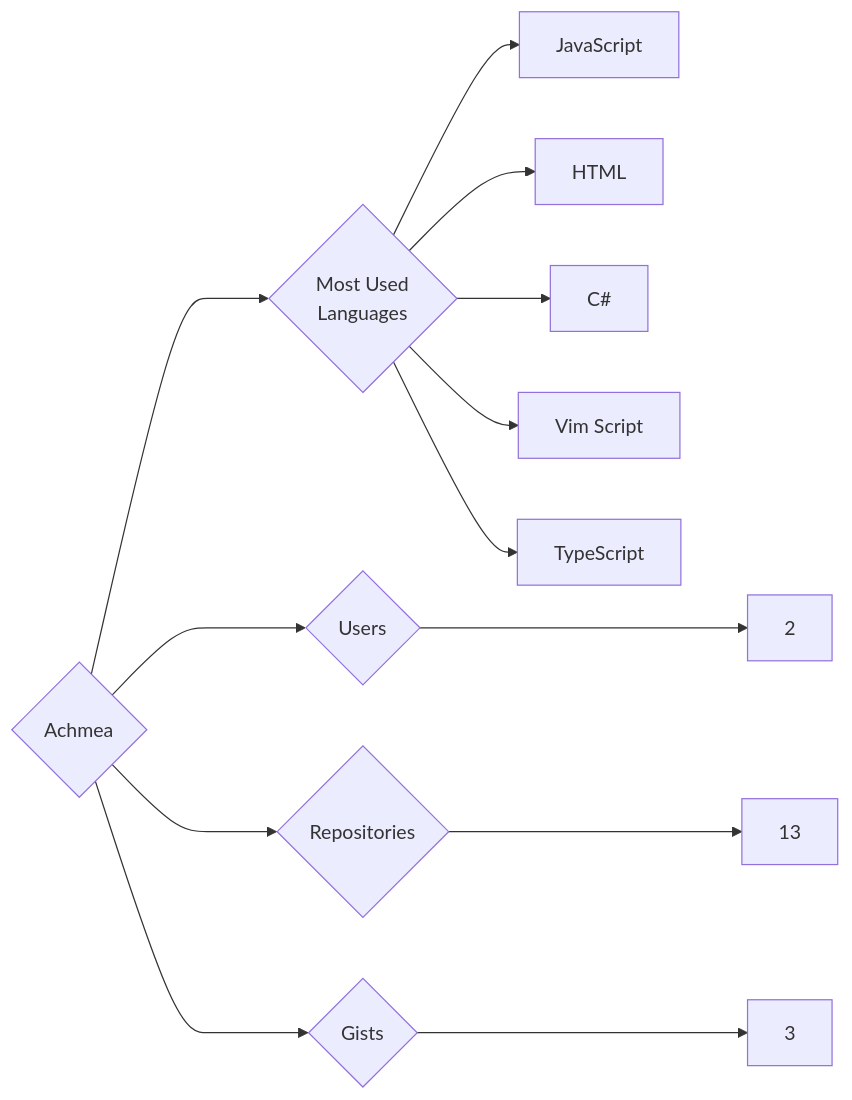
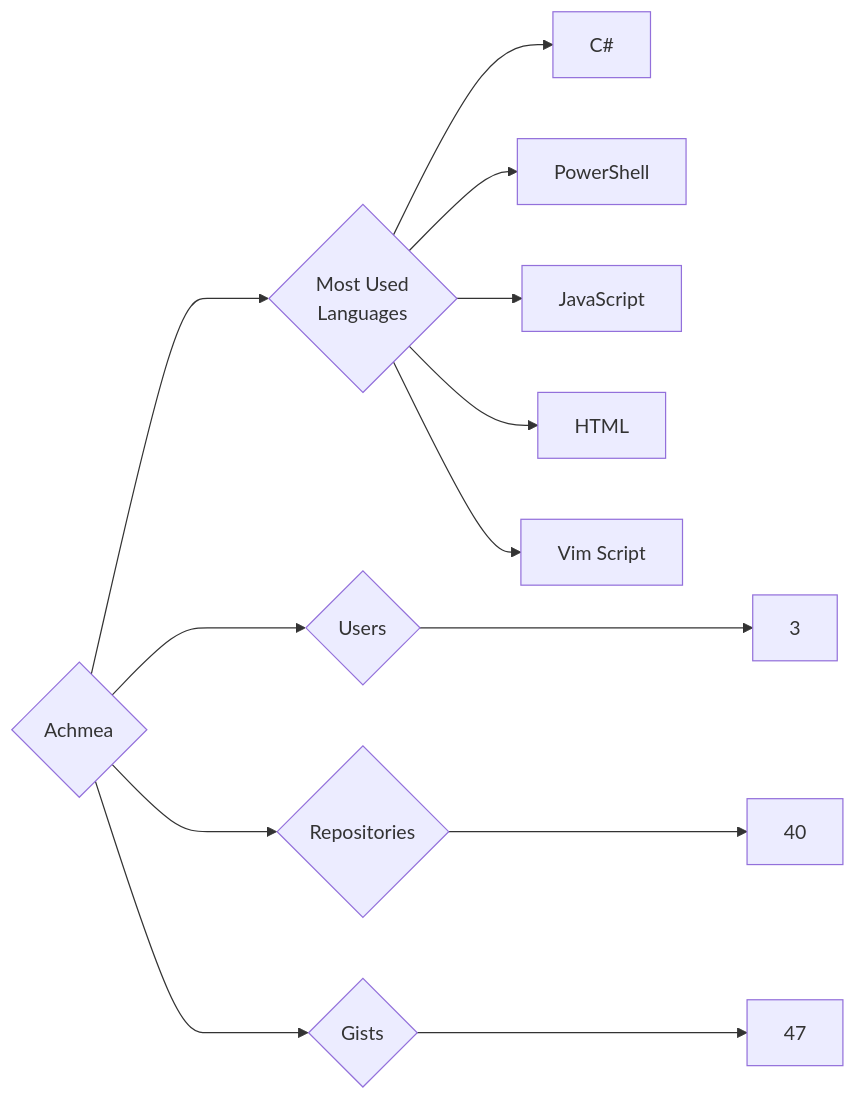
Before and after one commit to trickest/insiders: the diagram in targets/Achmea/README.md, drawn with Mermaid. The commit also changed 840 other files, not shown here.

````diff
--- a/targets/Achmea/README.md
+++ b/targets/Achmea/README.md
@@ -3,13 +3,13 @@
 ```mermaid
 graph LR
 COMPANY_NAME{Achmea}
-COMPANY_NAME ---> U{Users} ---> UN[2]
-COMPANY_NAME ---> R{Repositories} ---> RN[13]
-COMPANY_NAME ---> G{Gists} ---> GN[3]
+COMPANY_NAME ---> U{Users} ---> UN[3]
+COMPANY_NAME ---> R{Repositories} ---> RN[40]
+COMPANY_NAME ---> G{Gists} ---> GN[47]
 COMPANY_NAME ---> ML{Most Used<br>Languages}
+ML --> C#[C#]
+ML --> PowerShell[PowerShell]
 ML --> JavaScript[JavaScript]
 ML --> HTML[HTML]
-ML --> C#[C#]
 ML --> Vim_Script[Vim Script]
-ML --> TypeScript[TypeScript]
 ```
````
